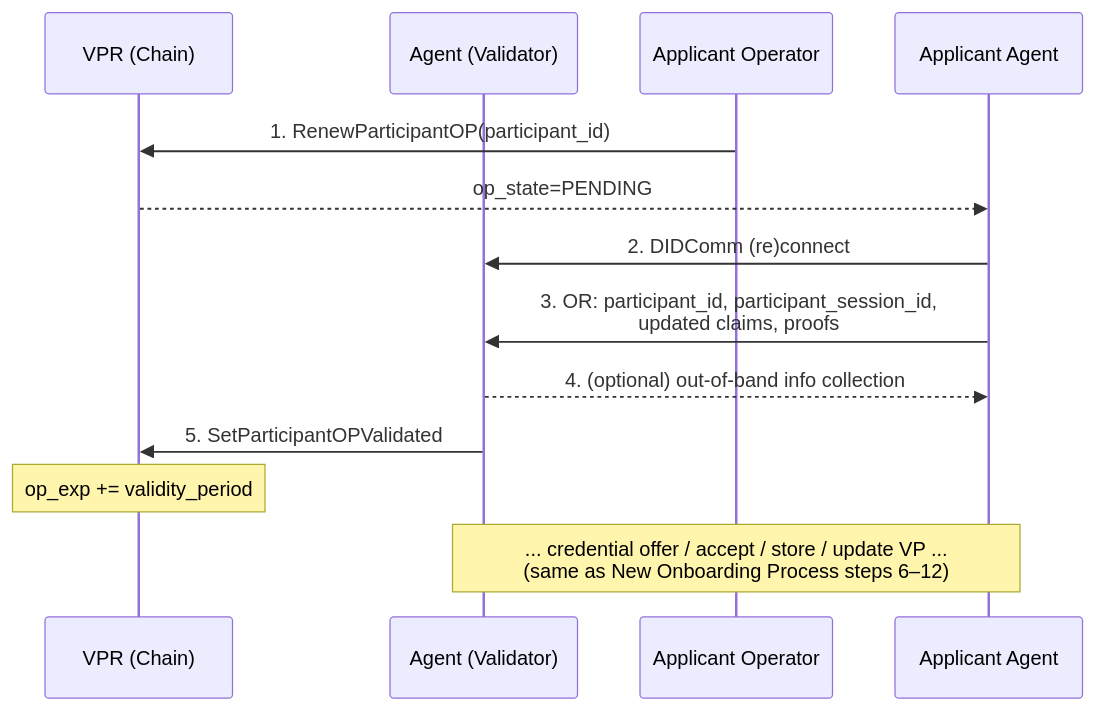
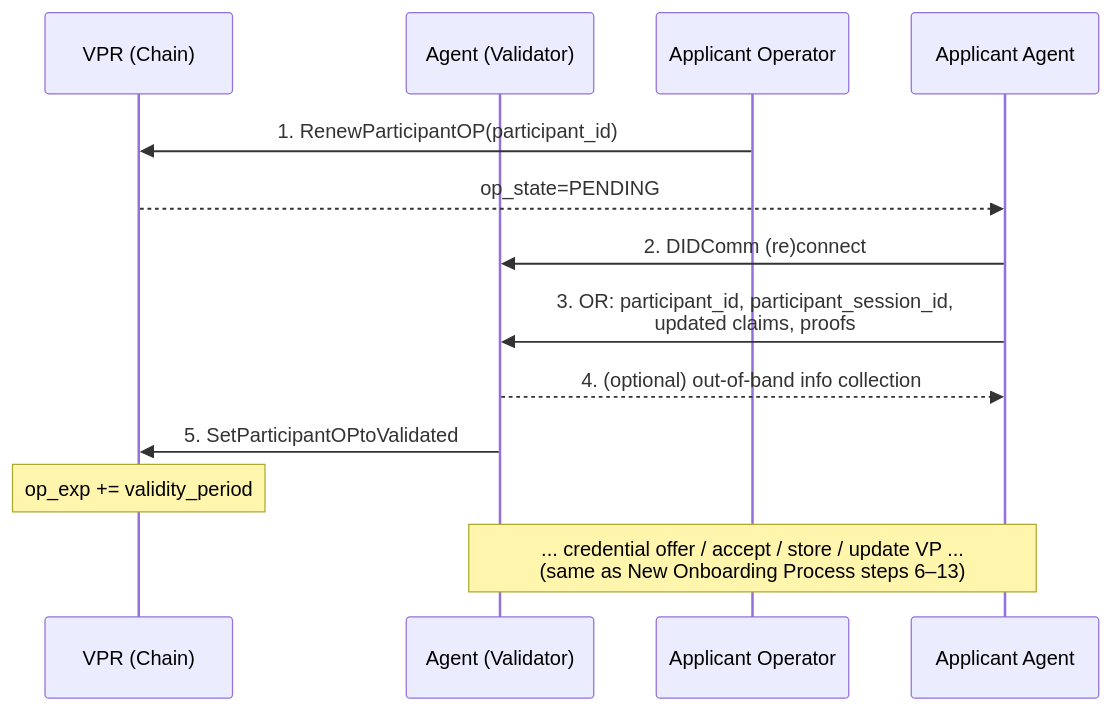
Before and after one commit to verana-labs/verana-spec: the fifth of 9 diagrams in v4/vs-agent/spec.md, drawn with Mermaid. The commit also changed other lines of this file and 2 other files, not shown here.

Commit message:
fix: duplicated steps + naming of messages and validation -> onboarding

````diff
--- a/v4/vs-agent/spec.md
+++ b/v4/vs-agent/spec.md
@@ -473,15 +468,15 @@
 ```mermaid
 sequenceDiagram
     participant VPR as VPR (Chain)
     participant Validator as Agent (Validator)
 
     Applicant Operator->>VPR: 1. RenewParticipantOP(participant_id)
     VPR-->>Applicant Agent: op_state=PENDING
     Applicant Agent->>Validator: 2. DIDComm (re)connect
     Applicant Agent->>Validator: 3. OR: participant_id, participant_session_id,<br/>updated claims, proofs
     Validator-->>Applicant Agent: 4. (optional) out-of-band info collection
-    Validator->>VPR: 5. SetParticipantOPValidated
+    Validator->>VPR: 5. SetParticipantOPtoValidated
     Note over VPR: op_exp += validity_period
 
-    Note over Applicant Agent,Validator: ... credential offer / accept / store / update VP ...<br/>(same as New Onboarding Process steps 6–12)
+    Note over Applicant Agent,Validator: ... credential offer / accept / store / update VP ...<br/>(same as New Onboarding Process steps 6–13)
 ```
````
